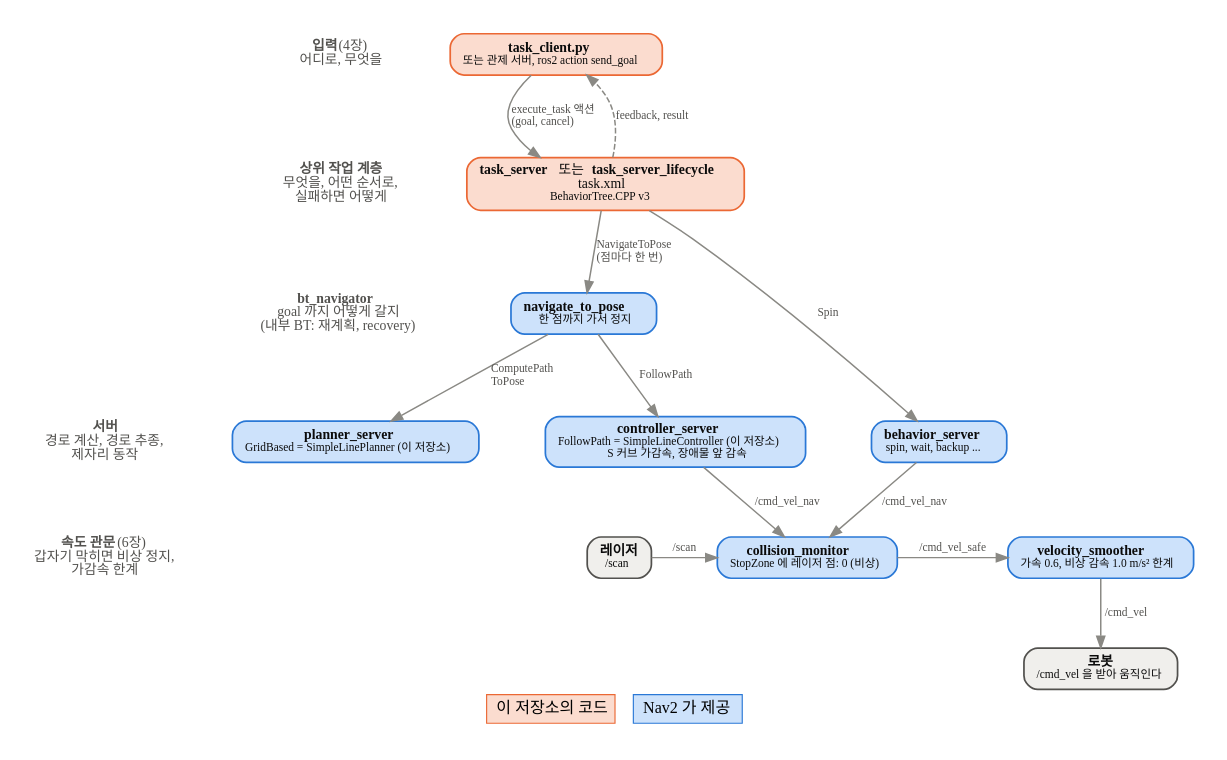
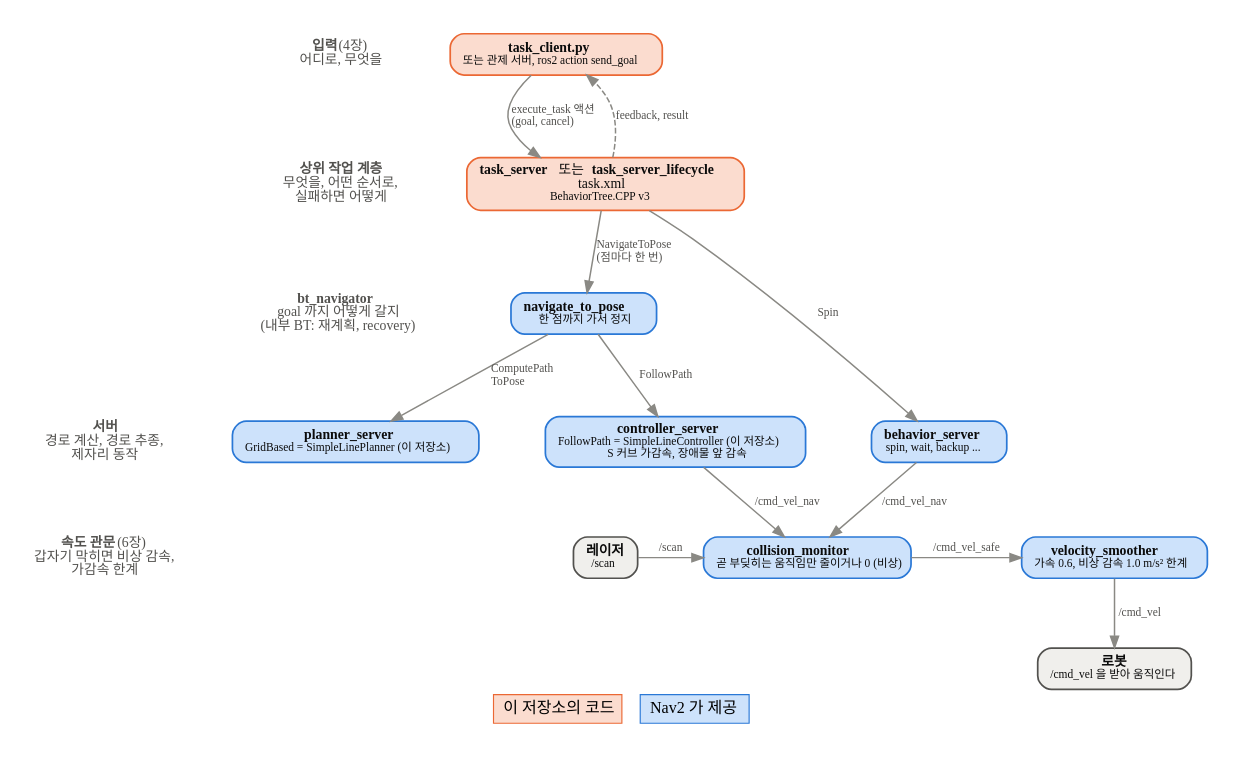
One commit to 1-roro/nav2_dwb changed the diagram in bt_navigator/bt_mission/doc/layers.dot. Above: the diagram before and after it, drawn with Graphviz. The commit also changed 11 other files, not shown here.

First line of the commit message:
Let the robot turn away from an obstacle: direction-aware collision_monitor

```diff
--- a/bt_navigator/bt_mission/doc/layers.dot
+++ b/bt_navigator/bt_mission/doc/layers.dot
@@ -1,65 +1,65 @@
 // 미션 BT 가 Nav2 의 어디에 붙는지 (dot -Tpng -Gdpi=110 layers.dot -o layers.png)
 digraph layers {
   graph [rankdir=TB, fontname="NanumGothic", bgcolor="white", pad=0.3, nodesep=0.4, ranksep=0.7,
          newrank=true, labelloc=b, label=<<table border="0" cellspacing="0" cellpadding="4"><tr>
            <td bgcolor="#fbdccf" border="1" color="#eb6834">&nbsp;이 저장소의 코드&nbsp;</td><td>&nbsp;&nbsp;</td>
            <td bgcolor="#cde2fb" border="1" color="#2a78d6">&nbsp;Nav2 가 제공&nbsp;</td></tr></table>>];
   node [shape=box, style="rounded,filled", fontname="NanumGothic", fontsize=12, fontcolor="#0b0b0b",
         penwidth=1.5, margin="0.15,0.08"];
   edge [color="#8a8984", penwidth=1.3, fontname="NanumGothic", fontsize=10, fontcolor="#52514e"];
 
   // 왼쪽 열: 계층 이름
   node [shape=plaintext, style="", fontsize=12, fontcolor="#52514e", margin=0];
   L0 [label=<<b>입력</b> (4장)<br/>어디로, 무엇을>];
   L1 [label=<<b>상위 작업 계층</b><br/>무엇을, 어떤 순서로,<br/>실패하면 어떻게>];
   L2 [label=<<b>bt_navigator</b><br/>goal 까지 어떻게 갈지<br/>(내부 BT: 재계획, recovery)>];
   L3 [label=<<b>서버</b><br/>경로 계산, 경로 추종,<br/>제자리 동작>];
-  L4 [label=<<b>속도 관문</b> (6장)<br/>갑자기 막히면 비상 정지,<br/>가감속 한계>];
+  L4 [label=<<b>속도 관문</b> (6장)<br/>갑자기 막히면 비상 감속,<br/>가감속 한계>];
   L5 [label=""];
   L0 -> L1 -> L2 -> L3 -> L4 -> L5 [style=invis];
 
   node [shape=box, style="rounded,filled", fontsize=12, fontcolor="#0b0b0b", margin="0.15,0.08"];
   ts [label=<<b>task_client.py</b><br/><font point-size="10">또는 관제 서버, ros2 action send_goal</font>>,
       fillcolor="#fbdccf", color="#eb6834"];
   bt [label=<<b>task_server</b> 또는 <b>task_server_lifecycle</b><br/>task.xml<br/><font point-size="10">BehaviorTree.CPP v3</font>>,
       fillcolor="#fbdccf", color="#eb6834"];
   nt [label=<<b>navigate_to_pose</b><br/><font point-size="10">한 점까지 가서 정지</font>>,
       fillcolor="#cde2fb", color="#2a78d6"];
   planner [label=<<b>planner_server</b><br/><font point-size="10">GridBased = SimpleLinePlanner (이 저장소)</font>>,
            fillcolor="#cde2fb", color="#2a78d6"];
   controller [label=<<b>controller_server</b><br/><font point-size="10">FollowPath = SimpleLineController (이 저장소)<br/>S 커브 가감속, 장애물 앞 감속</font>>,
               fillcolor="#cde2fb", color="#2a78d6"];
   behavior [label=<<b>behavior_server</b><br/><font point-size="10">spin, wait, backup ...</font>>,
             fillcolor="#cde2fb", color="#2a78d6"];
-  cm [label=<<b>collision_monitor</b><br/><font point-size="10">StopZone 에 레이저 점: 0 (비상)</font>>,
+  cm [label=<<b>collision_monitor</b><br/><font point-size="10">곧 부딪히는 움직임만 줄이거나 0 (비상)</font>>,
       fillcolor="#cde2fb", color="#2a78d6"];
   smoother [label=<<b>velocity_smoother</b><br/><font point-size="10">가속 0.6, 비상 감속 1.0 m/s² 한계</font>>,
       fillcolor="#cde2fb", color="#2a78d6"];
   robot [label=<<b>로봇</b><br/><font point-size="10">/cmd_vel 을 받아 움직인다</font>>,
          fillcolor="#f0efec", color="#52514e"];
   laser [label=<<b>레이저</b><br/><font point-size="10">/scan</font>>,
          fillcolor="#f0efec", color="#52514e"];
 
   {rank=same; L0; ts}
   {rank=same; L1; bt}
   {rank=same; L2; nt}
   {rank=same; L3; planner; controller; behavior}
   {rank=same; L4; laser; cm; smoother}
   {rank=same; L5; robot}
   L0 -> ts [style=invis];
   L1 -> bt [style=invis];
   L2 -> nt [style=invis];
   L3 -> planner -> controller -> behavior [style=invis];
 
   ts -> bt [label=" execute_task 액션\l (goal, cancel)\l"];
   bt -> ts [style=dashed, label=" feedback, result\l"];
   bt -> nt [label=" NavigateToPose\l (점마다 한 번)\l"];
   bt -> behavior [label=" Spin"];
   nt -> planner [label=" ComputePath\l ToPose\l"];
   nt -> controller [label=" FollowPath"];
   controller -> cm [label=" /cmd_vel_nav"];
   behavior -> cm [label=" /cmd_vel_nav"];
   laser -> cm [label=" /scan"];
   cm -> smoother [label=" /cmd_vel_safe"];
   smoother -> robot [label=" /cmd_vel"];
 }
```
